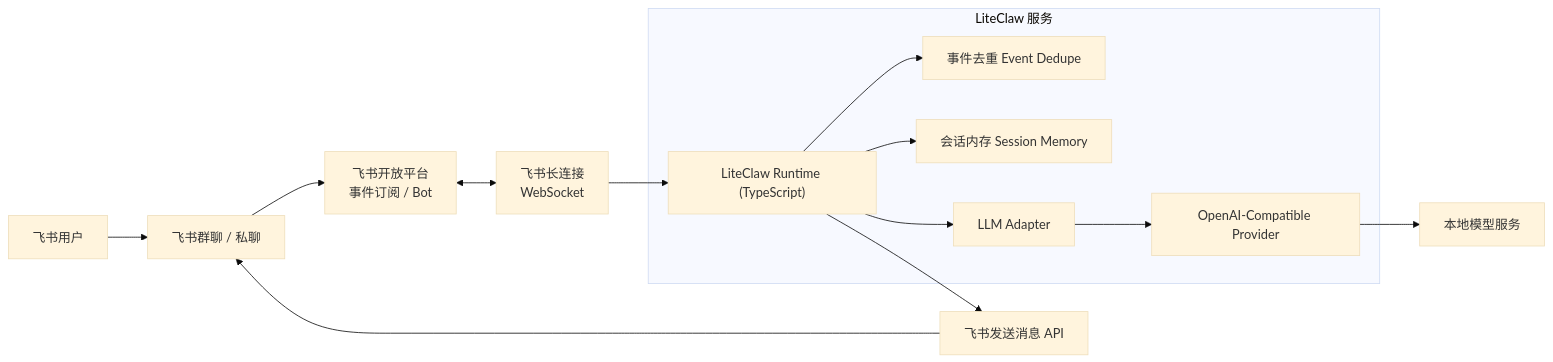
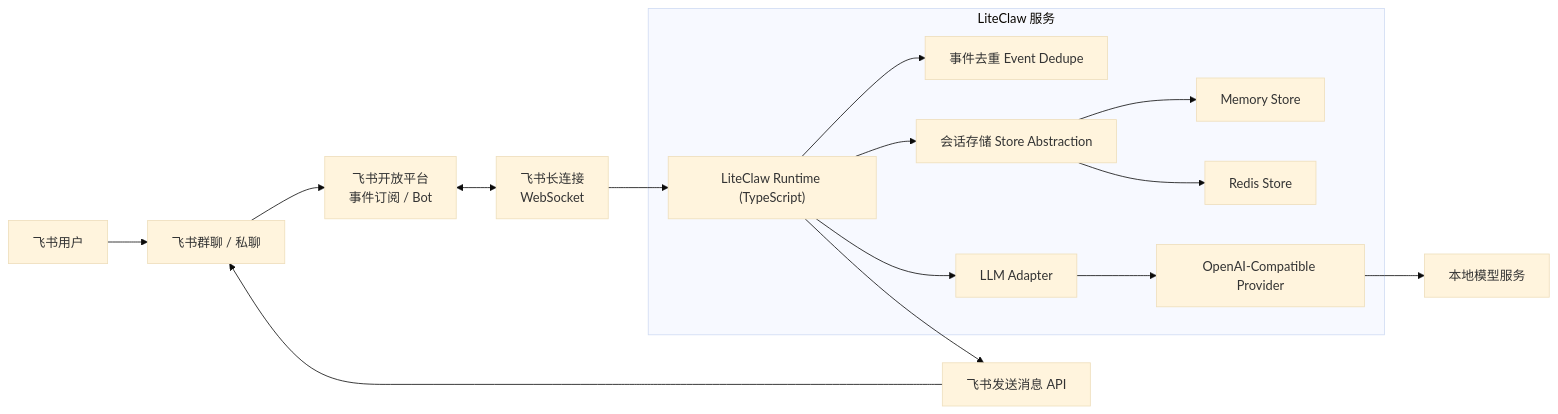
One commit to WarrenJones/liteClaw changed the first of 3 diagrams in docs/liteclaw-feishu-mvp.md. Above: the diagram before and after it, drawn with Mermaid (base theme). The commit also changed other lines of this file and 15 other files, not shown here.

Commit message:
Add Redis-backed conversation store

````diff
--- a/docs/liteclaw-feishu-mvp.md
+++ b/docs/liteclaw-feishu-mvp.md
@@ -28,18 +28,20 @@
 ```mermaid
 flowchart LR
     U["飞书用户"] --> G["飞书群聊 / 私聊"]
     G --> F["飞书开放平台<br/>事件订阅 / Bot"]
     F <--> C["飞书长连接<br/>WebSocket"]
     C --> T["LiteClaw Runtime (TypeScript)"]
 
     subgraph LiteClaw["LiteClaw 服务"]
       T --> D["事件去重 Event Dedupe"]
-      T --> M["会话内存 Session Memory"]
+      T --> M["会话存储 Store Abstraction"]
+      M --> MM["Memory Store"]
+      M --> MR["Redis Store"]
       T --> O["LLM Adapter"]
       O --> P["OpenAI-Compatible Provider"]
     end
 
     P --> K["本地模型服务"]
     T --> R["飞书发送消息 API"]
     R --> G
 ```
````
